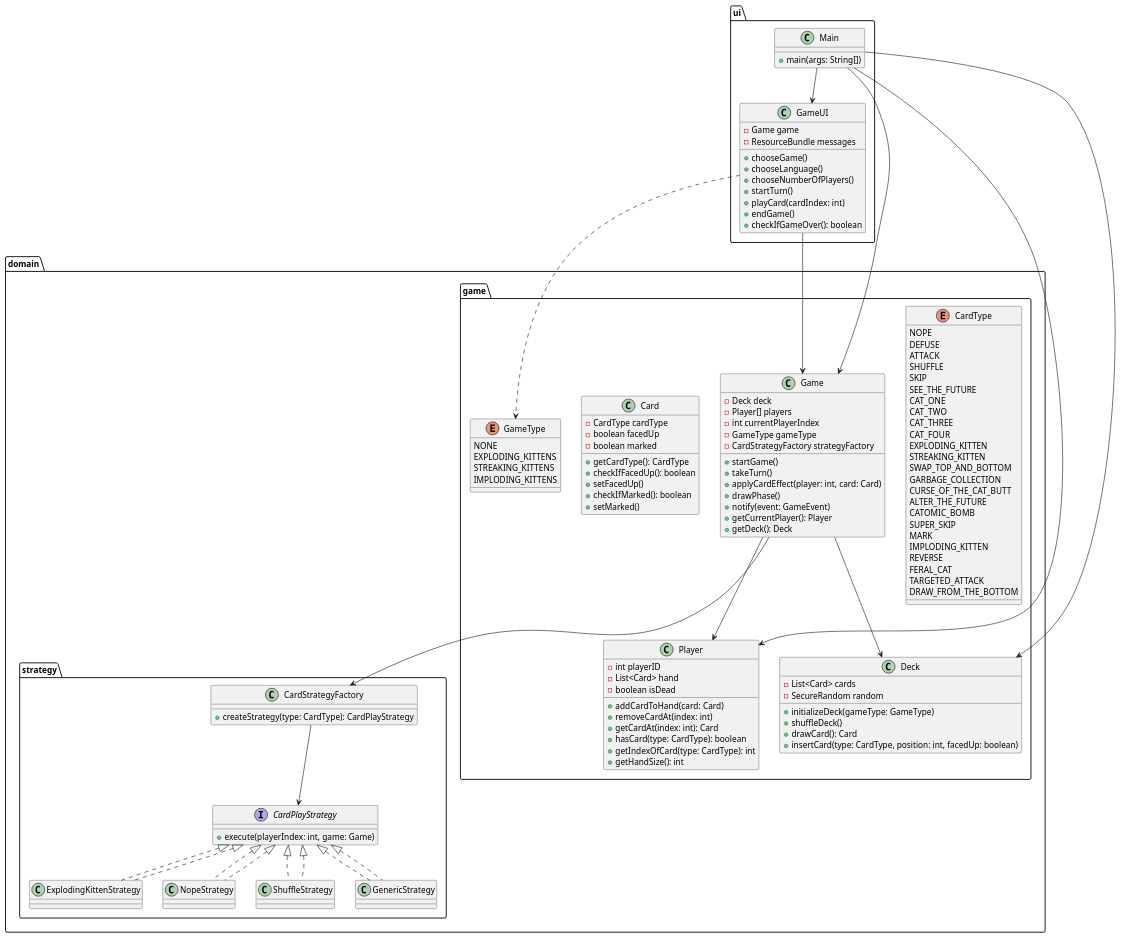
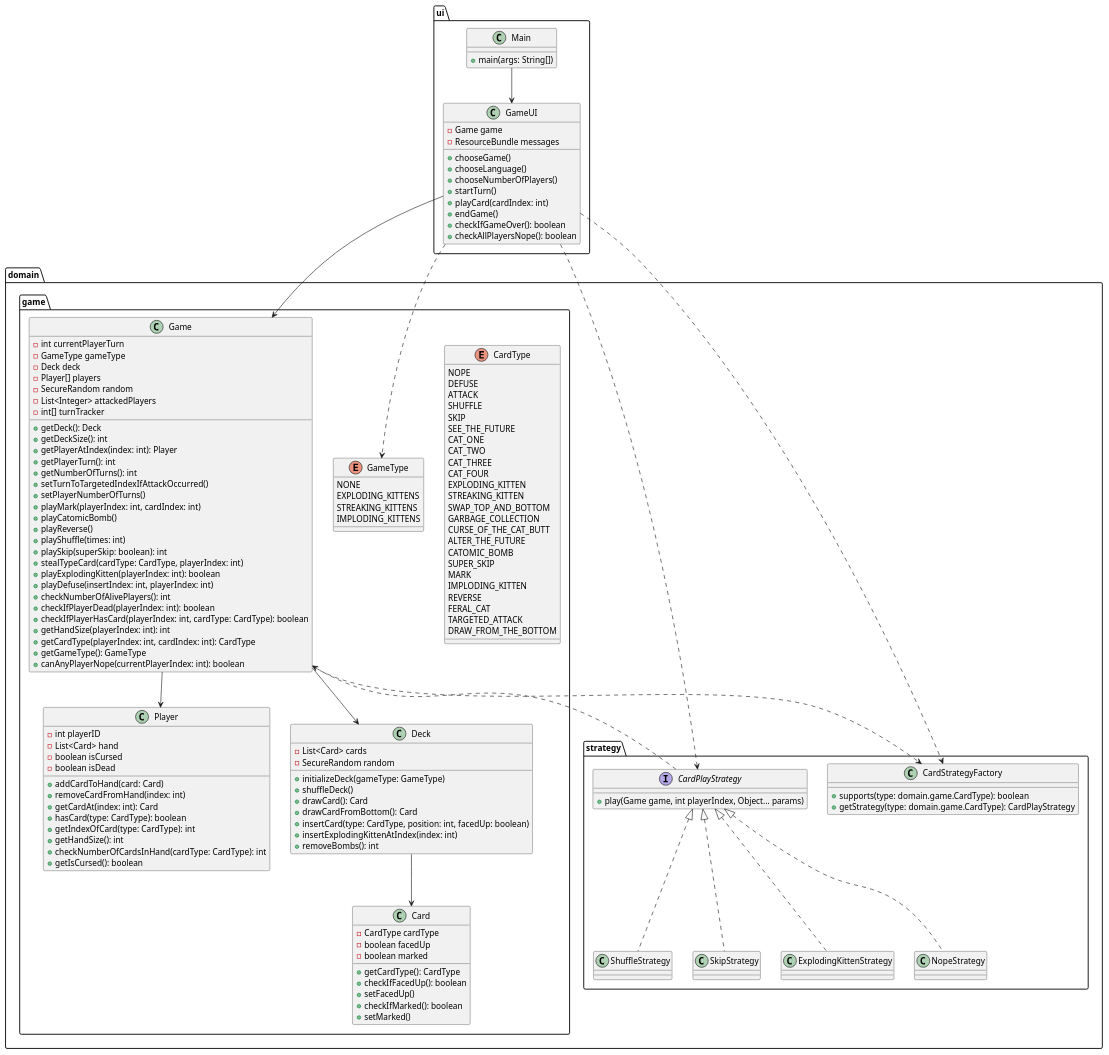
The diagram in project-refactor-kitten-codebase-20252601-trentonki-main/docs/design/new.puml (nu-cs-sw-design/project-20252601-tk), drawn with PlantUML before and after one commit. The commit also changed 10 other files, not shown here.

Commit message:
updated plan for refactored design. added support for strategy pattern. refactored 4 cards (exploding kitten, nope, shuffle, skip).

```diff
--- a/project-refactor-kitten-codebase-20252601-trentonki-main/docs/design/new.puml
+++ b/project-refactor-kitten-codebase-20252601-trentonki-main/docs/design/new.puml
@@ -1,137 +1,154 @@
 @startuml
 package ui {
-    class Main {
-        + main(args: String[])
-    }
+  class Main {
+    + main(args: String[])
+  }
 
-    class GameUI {
-        - Game game
-        - ResourceBundle messages
-        + chooseGame()
-        + chooseLanguage()
-        + chooseNumberOfPlayers()
-        + startTurn()
-        + playCard(cardIndex: int)
-        + endGame()
-        + checkIfGameOver(): boolean
-    }
+  class GameUI {
+    - Game game
+    - ResourceBundle messages
+    + chooseGame()
+    + chooseLanguage()
+    + chooseNumberOfPlayers()
+    + startTurn()
+    + playCard(cardIndex: int)
+    + endGame()
+    + checkIfGameOver(): boolean
+    + checkAllPlayersNope(): boolean
+  }
 }
 
 package domain.game {
-    enum CardType {
-        NOPE
-        DEFUSE
-        ATTACK
-        SHUFFLE
-        SKIP
-        SEE_THE_FUTURE
-        CAT_ONE
-        CAT_TWO
-        CAT_THREE
-        CAT_FOUR
-        EXPLODING_KITTEN
-        STREAKING_KITTEN
-        SWAP_TOP_AND_BOTTOM
-        GARBAGE_COLLECTION
-        CURSE_OF_THE_CAT_BUTT
-        ALTER_THE_FUTURE
-        CATOMIC_BOMB
-        SUPER_SKIP
-        MARK
-        IMPLODING_KITTEN
-        REVERSE
-        FERAL_CAT
-        TARGETED_ATTACK
-        DRAW_FROM_THE_BOTTOM
-    }
+  enum CardType {
+    NOPE
+    DEFUSE
+    ATTACK
+    SHUFFLE
+    SKIP
+    SEE_THE_FUTURE
+    CAT_ONE
+    CAT_TWO
+    CAT_THREE
+    CAT_FOUR
+    EXPLODING_KITTEN
+    STREAKING_KITTEN
+    SWAP_TOP_AND_BOTTOM
+    GARBAGE_COLLECTION
+    CURSE_OF_THE_CAT_BUTT
+    ALTER_THE_FUTURE
+    CATOMIC_BOMB
+    SUPER_SKIP
+    MARK
+    IMPLODING_KITTEN
+    REVERSE
+    FERAL_CAT
+    TARGETED_ATTACK
+    DRAW_FROM_THE_BOTTOM
+  }
 
-    enum GameType {
-        NONE
-        EXPLODING_KITTENS
-        STREAKING_KITTENS
-        IMPLODING_KITTENS
-    }
+  enum GameType {
+    NONE
+    EXPLODING_KITTENS
+    STREAKING_KITTENS
+    IMPLODING_KITTENS
+  }
 
-    class Card {
-        - CardType cardType
-        - boolean facedUp
-        - boolean marked
-        + getCardType(): CardType
-        + checkIfFacedUp(): boolean
-        + setFacedUp()
-        + checkIfMarked(): boolean
-        + setMarked()
-    }
+  class Card {
+    - CardType cardType
+    - boolean facedUp
+    - boolean marked
+    + getCardType(): CardType
+    + checkIfFacedUp(): boolean
+    + setFacedUp()
+    + checkIfMarked(): boolean
+    + setMarked()
+  }
 
-    class Player {
-        - int playerID
-        - List<Card> hand
-        - boolean isDead
-        + addCardToHand(card: Card)
-        + removeCardAt(index: int)
-        + getCardAt(index: int): Card
-        + hasCard(type: CardType): boolean
-        + getIndexOfCard(type: CardType): int
-        + getHandSize(): int
-    }
+  class Player {
+    - int playerID
+    - List<Card> hand
+    - boolean isCursed
+    - boolean isDead
+    + addCardToHand(card: Card)
+    + removeCardFromHand(index: int)
+    + getCardAt(index: int): Card
+    + hasCard(type: CardType): boolean
+    + getIndexOfCard(type: CardType): int
+    + getHandSize(): int
+    + checkNumberOfCardsInHand(cardType: CardType): int
+    + getIsCursed(): boolean
+  }
 
-    class Deck {
-        - List<Card> cards
-        - SecureRandom random
-        + initializeDeck(gameType: GameType)
-        + shuffleDeck()
-        + drawCard(): Card
-        + insertCard(type: CardType, position: int, facedUp: boolean)
-    }
+  class Deck {
+    - List<Card> cards
+    - SecureRandom random
+    + initializeDeck(gameType: GameType)
+    + shuffleDeck()
+    + drawCard(): Card
+    + drawCardFromBottom(): Card
+    + insertCard(type: CardType, position: int, facedUp: boolean)
+    + insertExplodingKittenAtIndex(index: int)
+    + removeBombs(): int
+  }
 
-    class Game {
-        - Deck deck
-        - Player[] players
-        - int currentPlayerIndex
-        - GameType gameType
-        - CardStrategyFactory strategyFactory
-        + startGame()
-        + takeTurn()
-        + applyCardEffect(player: int, card: Card)
-        + drawPhase()
-        + notify(event: GameEvent)
-        + getCurrentPlayer(): Player
-        + getDeck(): Deck
-    }
+  class Game {
+    - int currentPlayerTurn
+    - GameType gameType
+    - Deck deck
+    - Player[] players
+    - SecureRandom random
+    - List<Integer> attackedPlayers
+    - int[] turnTracker
+    + getDeck(): Deck
+    + getDeckSize(): int
+    + getPlayerAtIndex(index: int): Player
+    + getPlayerTurn(): int
+    + getNumberOfTurns(): int
+    + setTurnToTargetedIndexIfAttackOccurred()
+    + setPlayerNumberOfTurns()
+    + playMark(playerIndex: int, cardIndex: int)
+    + playCatomicBomb()
+    + playReverse()
+    + playShuffle(times: int)
+    + playSkip(superSkip: boolean): int
+    + stealTypeCard(cardType: CardType, playerIndex: int)
+    + playExplodingKitten(playerIndex: int): boolean
+    + playDefuse(insertIndex: int, playerIndex: int)
+    + checkNumberOfAlivePlayers(): int
+    + checkIfPlayerDead(playerIndex: int): boolean
+    + checkIfPlayerHasCard(playerIndex: int, cardType: CardType): boolean
+    + getHandSize(playerIndex: int): int
+    + getCardType(playerIndex: int, cardIndex: int): CardType
+    + getGameType(): GameType
+    + canAnyPlayerNope(currentPlayerIndex: int): boolean
+  }
 }
 
 package domain.strategy {
-    interface CardPlayStrategy {
-        + execute(playerIndex: int, game: Game)
-    }
+  interface CardPlayStrategy {
+    + play(Game game, int playerIndex, Object... params)
+  }
 
-    class ExplodingKittenStrategy implements CardPlayStrategy
-    class NopeStrategy implements CardPlayStrategy
-    class ShuffleStrategy implements CardPlayStrategy
-    class GenericStrategy implements CardPlayStrategy
-
-    class CardStrategyFactory {
-        + createStrategy(type: CardType): CardPlayStrategy
-    }
+  class CardStrategyFactory {
+    + supports(type: domain.game.CardType): boolean
+    + getStrategy(type: domain.game.CardType): CardPlayStrategy
+  }
 }
 
-' Relationships
 ui.Main --> ui.GameUI
-ui.Main --> domain.game.Game
-ui.Main --> domain.game.Deck
-ui.Main --> domain.game.Player
-
 ui.GameUI --> domain.game.Game
 ui.GameUI ..> domain.game.GameType
+ui.GameUI ..> domain.strategy.CardStrategyFactory
+ui.GameUI ..> domain.strategy.CardPlayStrategy
 
 domain.game.Game --> domain.game.Player
 domain.game.Game --> domain.game.Deck
-domain.game.Game --> domain.strategy.CardStrategyFactory
-
-domain.strategy.CardStrategyFactory --> domain.strategy.CardPlayStrategy
+domain.game.Deck --> domain.game.Card
+domain.game.Game ..> domain.strategy.CardStrategyFactory
+domain.strategy.CardPlayStrategy ..> domain.game.Game
 domain.strategy.CardPlayStrategy <|.. domain.strategy.ExplodingKittenStrategy
 domain.strategy.CardPlayStrategy <|.. domain.strategy.NopeStrategy
 domain.strategy.CardPlayStrategy <|.. domain.strategy.ShuffleStrategy
-domain.strategy.CardPlayStrategy <|.. domain.strategy.GenericStrategy
+domain.strategy.CardPlayStrategy <|.. domain.strategy.SkipStrategy
 
 @enduml
```
